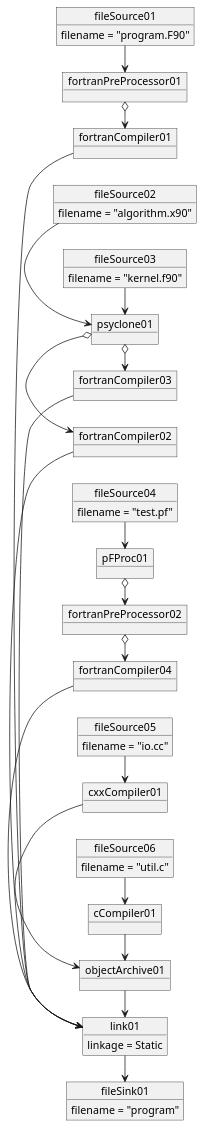
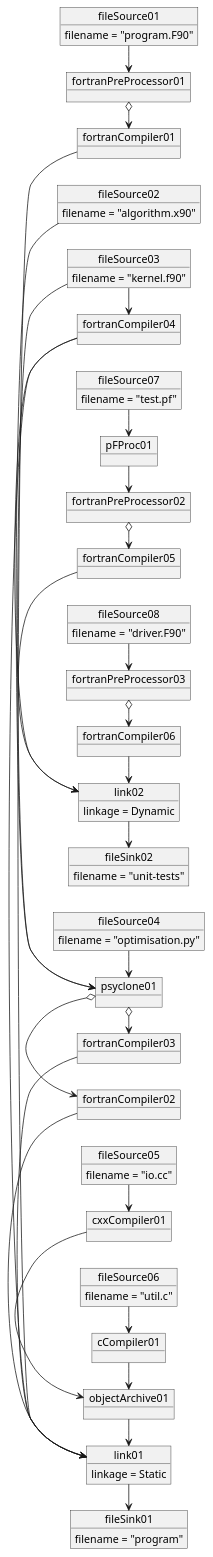
The diagram in Documentation/Design/GraphObject.puml (MetOffice/fab), drawn with PlantUML before and after one commit.

Commit message:
Modified graph object model to better reflect reality.

```diff
--- a/Documentation/Design/GraphObject.puml
+++ b/Documentation/Design/GraphObject.puml
@@ -1,105 +1,140 @@
 @startuml
 
 left to right direction
 
 '''''''''''''''''''''''''''''''''''''''''''''''''''''''''''''''''''''''''''''''
 
 object fileSource01 {
   filename = "program.F90"
 }
 
 object fortranPreProcessor01 {
 }
 fileSource01 -> fortranPreProcessor01
 
 object fortranCompiler01 {
 }
 fortranPreProcessor01 o-> fortranCompiler01
 
 '''''''''''''''''''''''''''''''''''''''''''''''''''''''''''''''''''''''''''''''
 
 object fileSource02 {
   filename = "algorithm.x90"
 }
 
 object fileSource03 {
   filename = "kernel.f90"
 }
 
+object fileSource04 {
+  filename = "optimisation.py"
+}
+
 object psyclone01 {
 }
 fileSource02 -> psyclone01
 fileSource03 -> psyclone01
+fileSource04 -> psyclone01
 
 object fortranCompiler02 {
 }
 psyclone01 o-> fortranCompiler02
 
 object fortranCompiler03 {
 }
 psyclone01 o-> fortranCompiler03
 
-'''''''''''''''''''''''''''''''''''''''''''''''''''''''''''''''''''''''''''''''
-
-object fileSource04 {
-  filename = "test.pf"
-}
-
-object pFProc01 {
-}
-fileSource04 -> pFProc01
-
-object fortranPreProcessor02 {
-}
-pFProc01 o-> fortranPreProcessor02
-
 object fortranCompiler04 {
 }
-fortranPreProcessor02 o-> fortranCompiler04
+fileSource03 -> fortranCompiler04
 
 '''''''''''''''''''''''''''''''''''''''''''''''''''''''''''''''''''''''''''''''
 
 object fileSource05 {
   filename = "io.cc"
 }
 
 object cxxCompiler01 {
 }
 fileSource05 -> cxxCompiler01
 
 '''''''''''''''''''''''''''''''''''''''''''''''''''''''''''''''''''''''''''''''
 
 object fileSource06 {
   filename = "util.c"
 }
 
 object cCompiler01 {
 }
 fileSource06 -> cCompiler01
 
 '''''''''''''''''''''''''''''''''''''''''''''''''''''''''''''''''''''''''''''''
 
 object objectArchive01 {
 }
 cxxCompiler01 -> objectArchive01
 cCompiler01 -> objectArchive01
 
 '''''''''''''''''''''''''''''''''''''''''''''''''''''''''''''''''''''''''''''''
 
 object link01 {
   linkage = Static
 }
 fortranCompiler01 -> link01
 fortranCompiler02 -> link01
 fortranCompiler03 -> link01
 fortranCompiler04 -> link01
 objectArchive01   -> link01
 
-'''''''''''''''''''''''''''''''''''''''''''''''''''''''''''''''''''''''''''''''
-
 object fileSink01 {
   filename = "program"
 }
 link01 -> fileSink01
 
+'''''''''''''''''''''''''''''''''''''''''''''''''''''''''''''''''''''''''''''''
+
+object fileSource07 {
+  filename = "test.pf"
+}
+
+object pFProc01 {
+}
+fileSource07 -> pFProc01
+
+object fortranPreProcessor02 {
+}
+pFProc01 -> fortranPreProcessor02
+
+object fortranCompiler05 {
+}
+fortranPreProcessor02 o-> fortranCompiler05
+
+''''''''''''''''''''''''''''''''''''''''''''''''''''''''''''''''''''''''''''''
+
+object fileSource08 {
+  filename = "driver.F90"
+}
+
+object fortranPreProcessor03 {
+}
+fileSource08 -> fortranPreProcessor03
+
+object fortranCompiler06 {
+}
+fortranPreProcessor03 o-> fortranCompiler06
+
+''''''''''''''''''''''''''''''''''''''''''''''''''''''''''''''''''''''''''''''
+
+object link02 {
+  linkage = Dynamic
+}
+fortranCompiler05 -> link02
+fortranCompiler06 -> link02
+fortranCompiler04 -> link02
+
+object fileSink02 {
+  filename = "unit-tests"
+}
+link02 -> fileSink02
+
 @end uml
```
